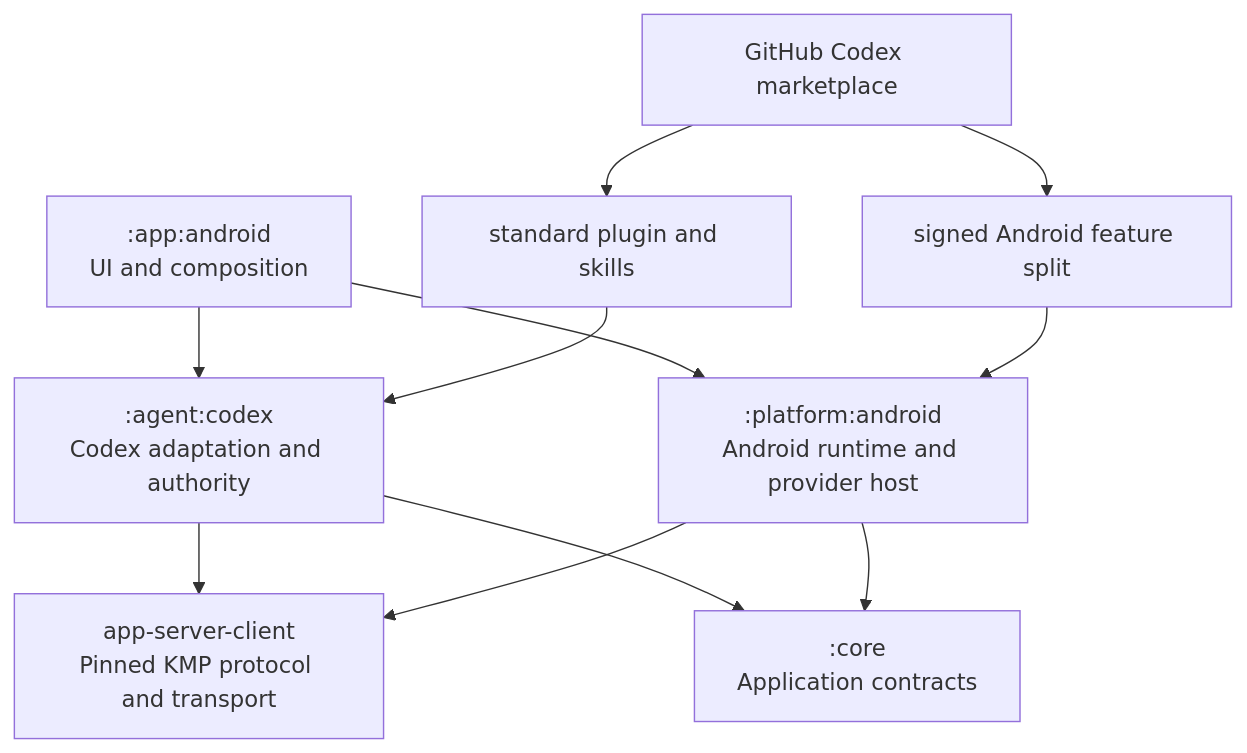
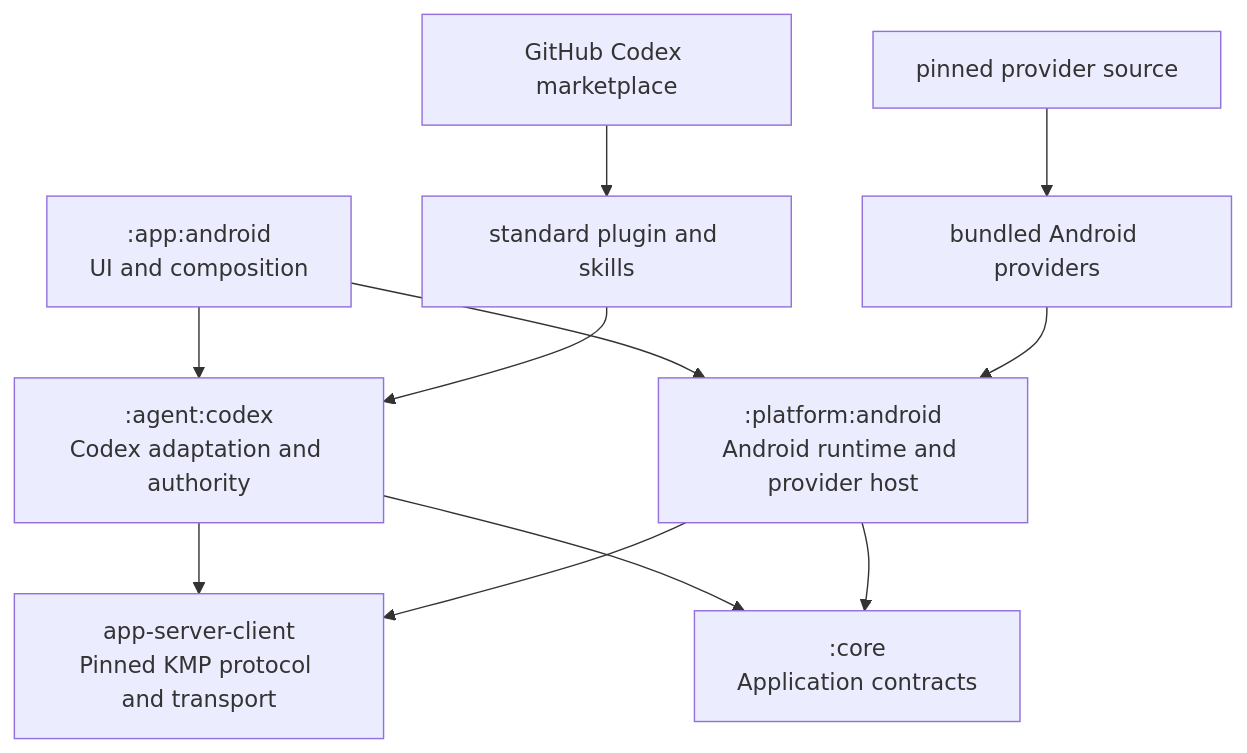
The diagram in docs/architecture.md (ciurlaro/codex-mobile), drawn with Mermaid before and after one commit. The commit also changed other lines of this file and 62 other files, not shown here.

````diff
--- a/docs/architecture.md
+++ b/docs/architecture.md
@@ -5,13 +5,13 @@
 ```mermaid
 flowchart TB
     App[":app:android\nUI and composition"] --> Agent[":agent:codex\nCodex adaptation and authority"]
     App --> Platform[":platform:android\nAndroid runtime and provider host"]
     Agent --> Client["app-server-client\nPinned KMP protocol and transport"]
     Platform --> Client
     Agent --> Core[":core\nApplication contracts"]
     Platform --> Core
     Source["GitHub Codex marketplace"] --> Plugin["standard plugin and skills"]
-    Source --> Split["signed Android feature split"]
+    ProviderSource["pinned provider source"] --> Bundled["bundled Android providers"]
     Plugin --> Agent
-    Split --> Platform
+    Bundled --> Platform
 ```
````
